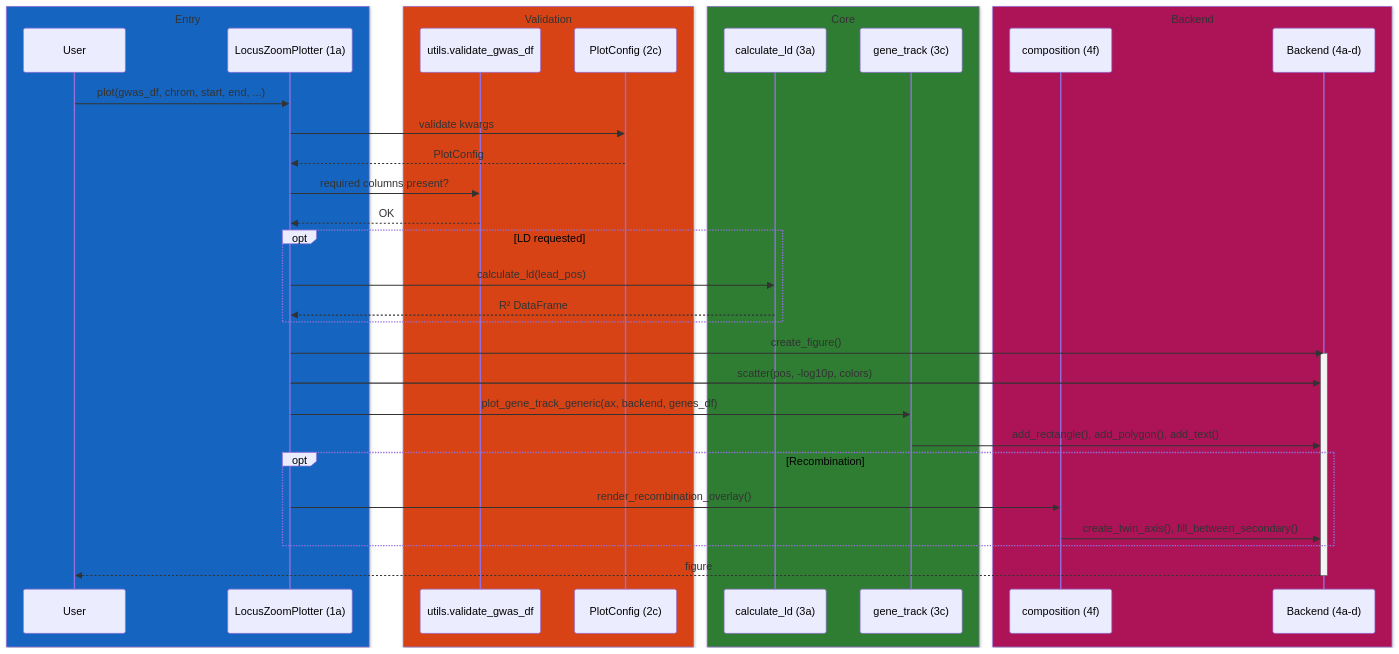
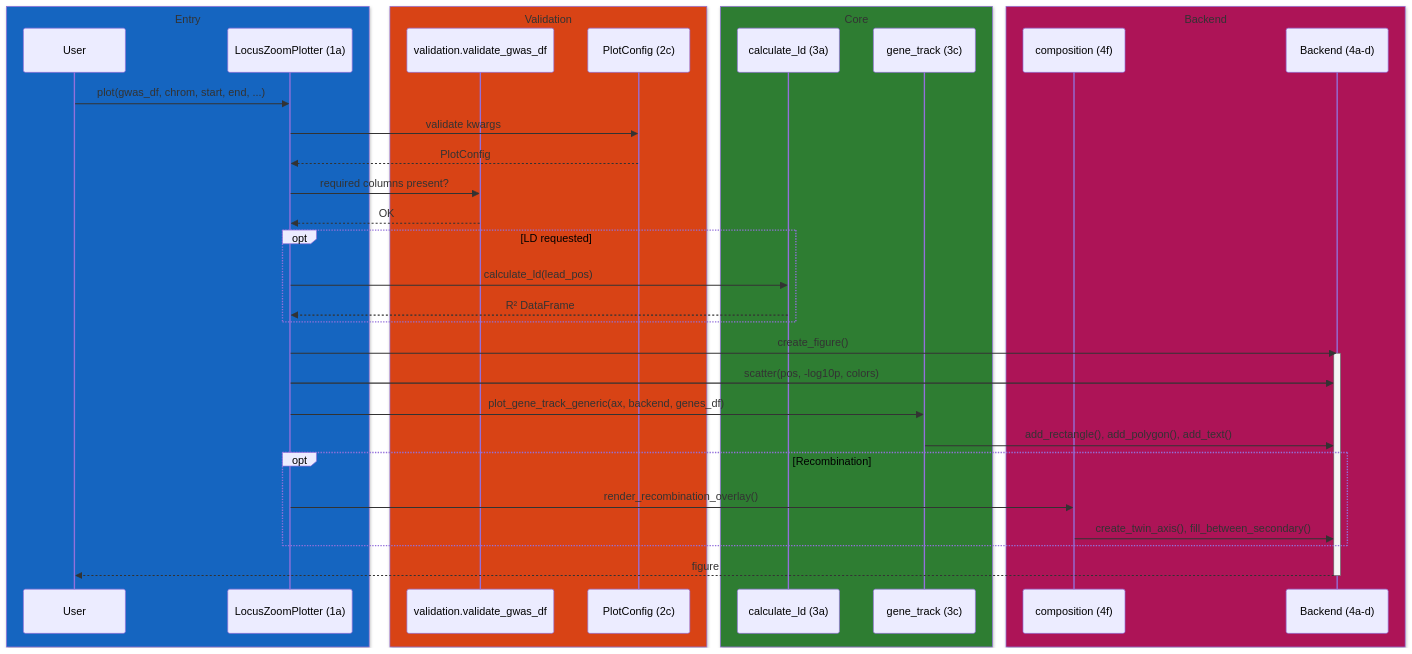
Before and after one commit to michael-denyer/pyLocusZoom: the second of 3 diagrams in docs/CODEMAP.md, drawn with Mermaid. The commit also changed 17 other files, not shown here.

````diff
--- a/docs/CODEMAP.md
+++ b/docs/CODEMAP.md
@@ -276,42 +276,42 @@
 ```mermaid
 sequenceDiagram
     box rgb(21, 101, 192) Entry
         participant U as User
         participant P as LocusZoomPlotter (1a)
     end
     box rgb(216, 67, 21) Validation
-        participant V as utils.validate_gwas_df
+        participant V as validation.validate_gwas_df
         participant C as PlotConfig (2c)
     end
     box rgb(46, 125, 50) Core
         participant L as calculate_ld (3a)
         participant G as gene_track (3c)
     end
     box rgb(173, 20, 87) Backend
         participant O as composition (4f)
         participant B as Backend (4a-d)
     end
 
     U->>P: plot(gwas_df, chrom, start, end, ...)
     P->>C: validate kwargs
     C-->>P: PlotConfig
     P->>V: required columns present?
     V-->>P: OK
 
     opt LD requested
         P->>L: calculate_ld(lead_pos)
         L-->>P: R² DataFrame
     end
 
     P->>B: create_figure()
     activate B
     P->>B: scatter(pos, -log10p, colors)
     P->>G: plot_gene_track_generic(ax, backend, genes_df)
     G->>B: add_rectangle(), add_polygon(), add_text()
     opt Recombination
         P->>O: render_recombination_overlay()
         O->>B: create_twin_axis(), fill_between_secondary()
     end
     B-->>U: figure
     deactivate B
 ```
````
